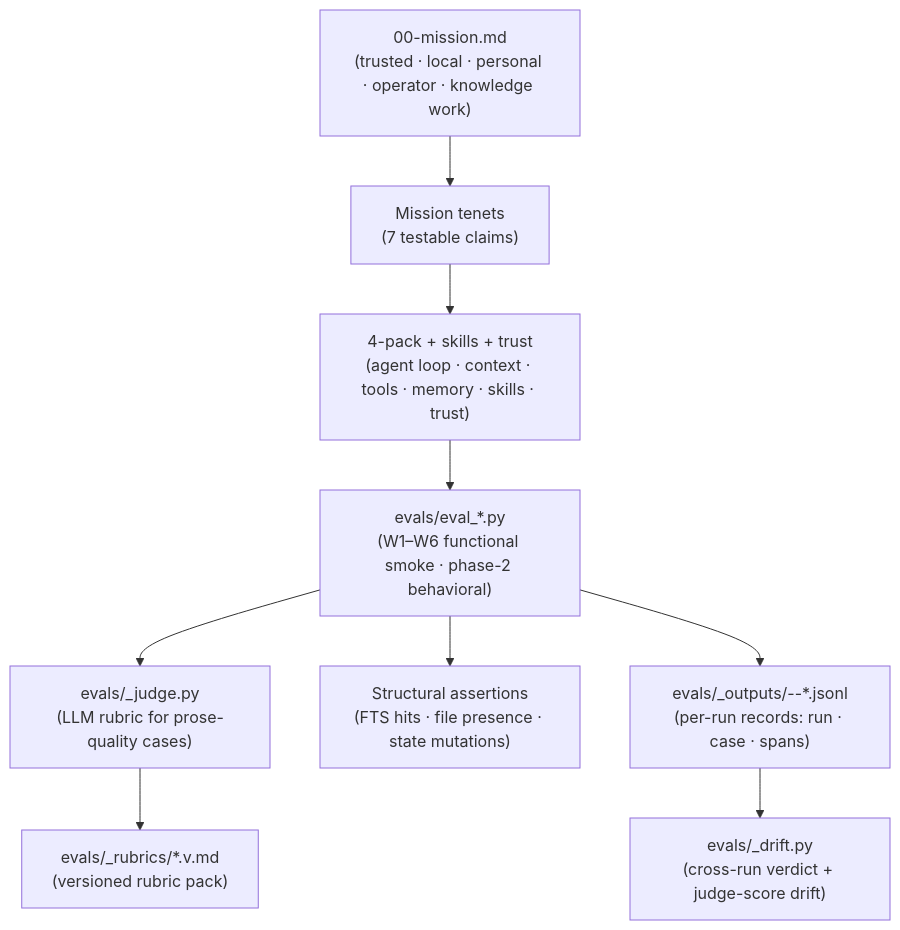
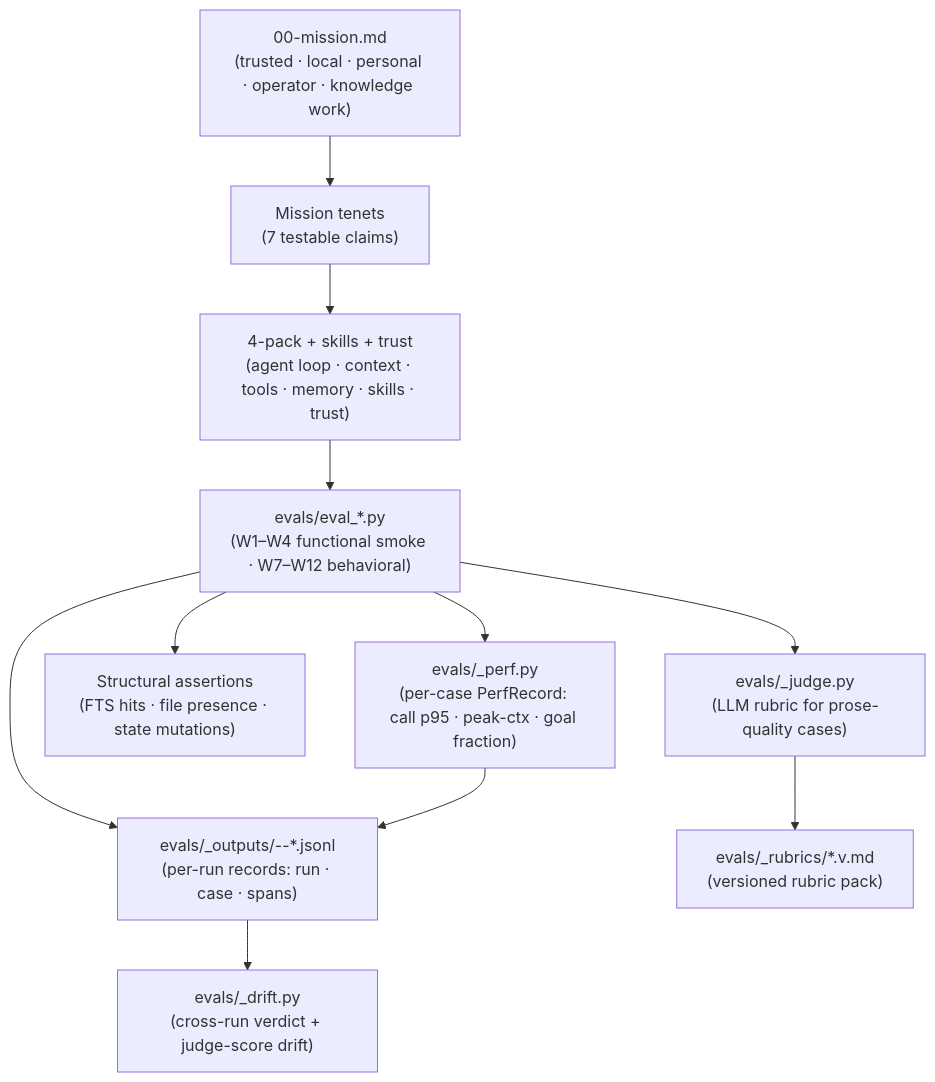
One commit to binlecode/co-cli changed the diagram in docs/specs/uat_evals.md. Above: the diagram before and after it, drawn with Mermaid. The commit also changed other lines of this file and 15 other files, not shown here.

First line of the commit message:
feat: v0.8.348 — UAT behavioral+perf eval suite (phase-2 close-out)

````diff
--- a/docs/specs/uat_evals.md
+++ b/docs/specs/uat_evals.md
@@ -9,12 +9,14 @@
 ```mermaid
 flowchart TD
     Mission["00-mission.md\n(trusted · local · personal · operator · knowledge work)"]
     Mission --> Tenets["Mission tenets\n(7 testable claims)"]
     Tenets --> Components["4-pack + skills + trust\n(agent loop · context · tools · memory · skills · trust)"]
-    Components --> Evals["evals/eval_*.py\n(W1–W6 functional smoke · phase-2 behavioral)"]
+    Components --> Evals["evals/eval_*.py\n(W1–W4 functional smoke · W7–W12 behavioral)"]
     Evals --> Judge["evals/_judge.py\n(LLM rubric for prose-quality cases)"]
     Evals --> Structural["Structural assertions\n(FTS hits · file presence · state mutations)"]
+    Evals --> Perf["evals/_perf.py\n(per-case PerfRecord: call p95 · peak-ctx · goal fraction)"]
     Evals --> Outputs["evals/_outputs/<scenario>-<ts>-*.jsonl\n(per-run records: run · case · spans)"]
+    Perf --> Outputs
     Outputs --> Drift["evals/_drift.py\n(cross-run verdict + judge-score drift)"]
     Judge --> Rubrics["evals/_rubrics/*.v<N>.md\n(versioned rubric pack)"]
 ```
````
